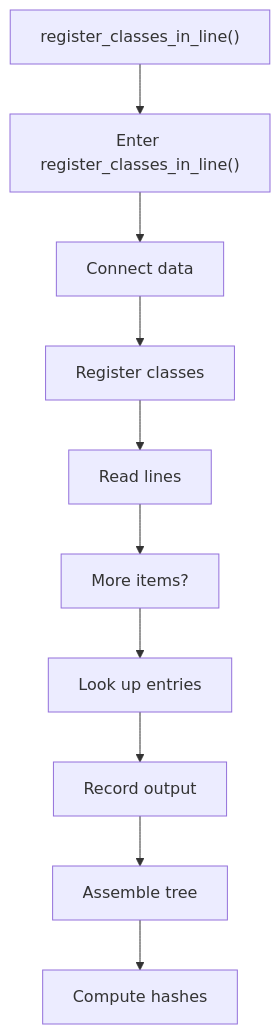
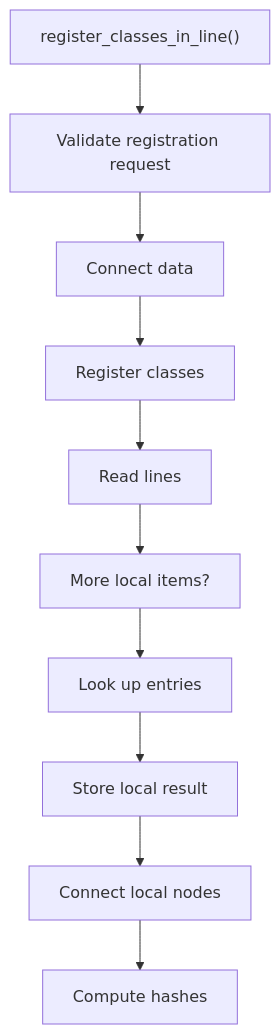
The fifth of 10 diagrams in docs/Codebase/Microservice/Modules/Source/Trees/ClassGeneration/Actual/Internal/registry.cpp.md (JohnAndrewBalbarosa/NeoTerritory), drawn with Mermaid before and after one commit. The commit also changed other lines of this file and 915 other files, not shown here.

````diff
--- a/docs/Codebase/Microservice/Modules/Source/Trees/ClassGeneration/Actual/Internal/registry.cpp.md
+++ b/docs/Codebase/Microservice/Modules/Source/Trees/ClassGeneration/Actual/Internal/registry.cpp.md
@@ -165,22 +164,22 @@
 ```mermaid
 flowchart TD
     N0["register_classes_in_line()"]
-    N1["Enter register_classes_in_line()"]
+    N1["Validate registration request"]
     N2["Connect data"]
     N3["Register classes"]
     N4["Read lines"]
-    N5["More items?"]
+    N5["More local items?"]
     N6["Look up entries"]
-    N7["Record output"]
-    N8["Assemble tree"]
+    N7["Store local result"]
+    N8["Connect local nodes"]
     N9["Compute hashes"]
     N0 --> N1
     N1 --> N2
     N2 --> N3
     N3 --> N4
     N4 --> N5
     N5 --> N6
     N6 --> N7
     N7 --> N8
     N8 --> N9
 ```
````
